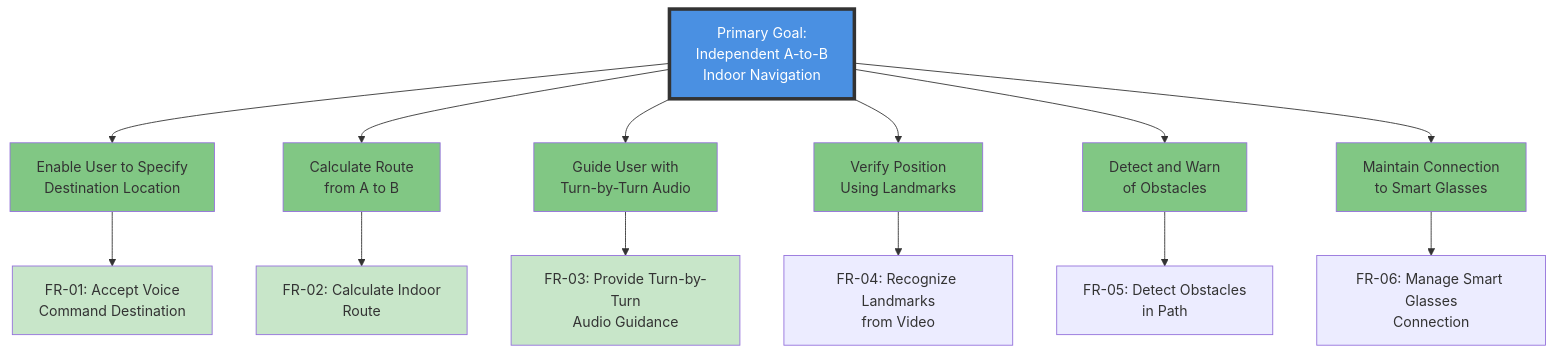
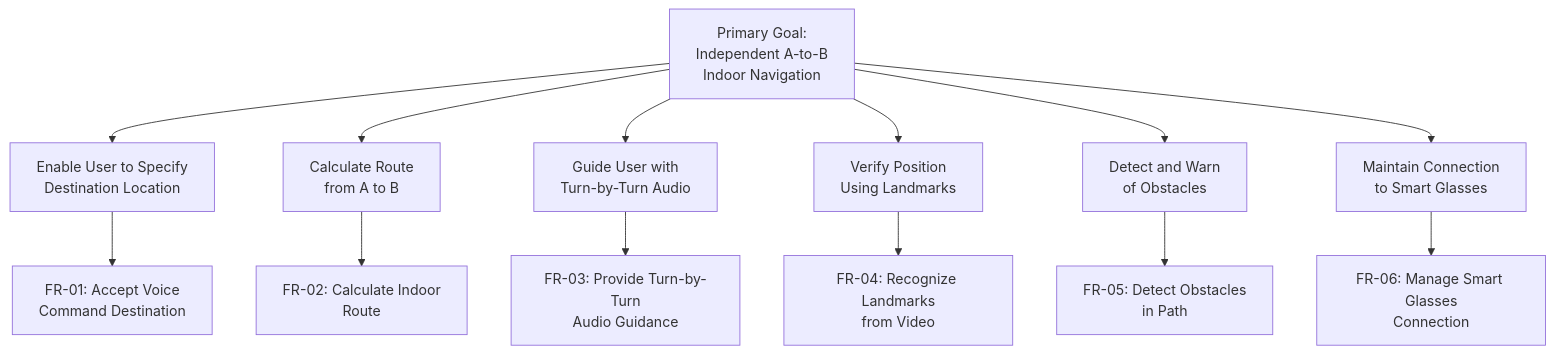
The fifth of 11 diagrams in docs/Project 2/WRS Project 2.md (phamleduy04/se4351-mobile-f25), drawn with Mermaid before and after one commit. The commit also changed other lines of this file, not shown here.

````diff
--- a/docs/Project 2/WRS Project 2.md
+++ b/docs/Project 2/WRS Project 2.md
@@ -172,36 +147,25 @@
 ```mermaid
 graph TB
     GOAL["Primary Goal:<br/>Independent A-to-B<br/>Indoor Navigation"]
     
     G1["Enable User to Specify<br/>Destination Location"]
     G2["Calculate Route<br/>from A to B"]
     G3["Guide User with<br/>Turn-by-Turn Audio"]
     G4["Verify Position<br/>Using Landmarks"]
     G5["Detect and Warn<br/>of Obstacles"]
     G6["Maintain Connection<br/>to Smart Glasses"]
     
     GOAL --> G1
     GOAL --> G2
     GOAL --> G3
     GOAL --> G4
     GOAL --> G5
     GOAL --> G6
     
     G1 --> FUN1["FR-01: Accept Voice<br/>Command Destination"]
     G2 --> FUN2["FR-02: Calculate Indoor<br/>Route"]
     G3 --> FUN3["FR-03: Provide Turn-by-Turn<br/>Audio Guidance"]
     G4 --> FUN4["FR-04: Recognize Landmarks<br/>from Video"]
     G5 --> FUN5["FR-05: Detect Obstacles<br/>in Path"]
     G6 --> FUN6["FR-06: Manage Smart Glasses<br/>Connection"]
-    
-    style GOAL fill:#4A90E2,stroke:#333,stroke-width:4px,color:#fff
-    style G1 fill:#81C784
-    style G2 fill:#81C784
-    style G3 fill:#81C784
-    style G4 fill:#81C784
-    style G5 fill:#81C784
-    style G6 fill:#81C784
-    style FUN1 fill:#C8E6C9
-    style FUN2 fill:#C8E6C9
-    style FUN3 fill:#C8E6C9
 ```
````
